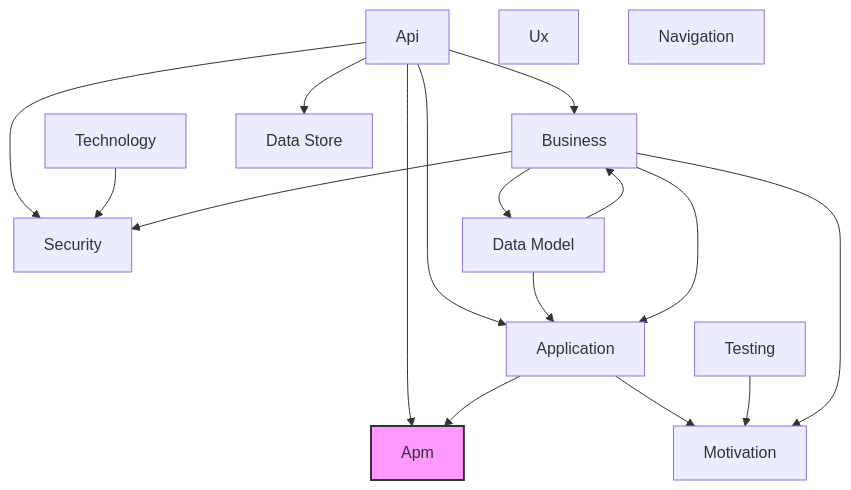
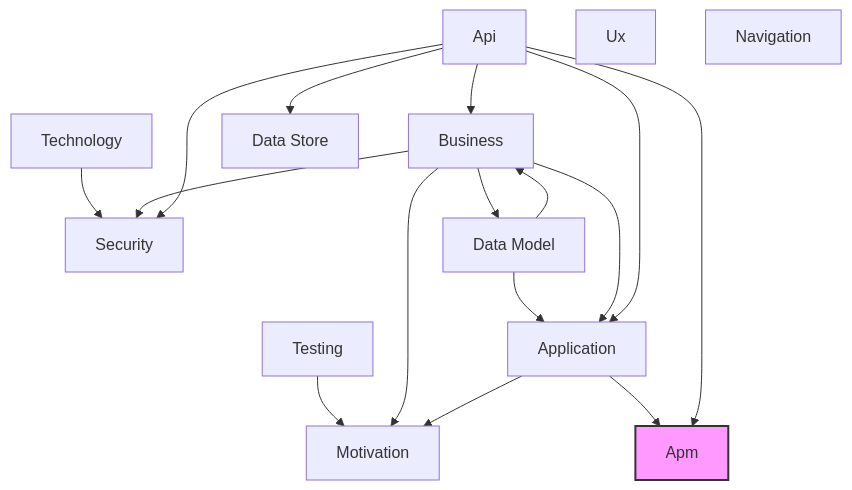
The second of 2 diagrams in spec/browser/11-apm-layer-report.md (tinkermonkey/documentation_robotics), drawn with Mermaid before and after one commit. The commit also changed other lines of this file and 13 other files, not shown here.

````diff
--- a/spec/browser/11-apm-layer-report.md
+++ b/spec/browser/11-apm-layer-report.md
@@ -156,32 +153,32 @@
 ```mermaid
 flowchart TB
   classDef current fill:#f9f,stroke:#333,stroke-width:2px
   motivation["Motivation"]
   business["Business"]
   security["Security"]
   application["Application"]
   technology["Technology"]
   api["Api"]
   data_model["Data Model"]
   data_store["Data Store"]
   ux["Ux"]
   navigation["Navigation"]
   apm["Apm"]
   testing["Testing"]
-  api --> business
-  api --> application
-  api --> data_store
-  api --> security
-  api --> apm
+  testing --> motivation
+  technology --> security
   data_model --> application
   data_model --> business
+  business --> data_model
+  business --> application
+  business --> security
+  business --> motivation
+  application --> motivation
   application --> apm
-  application --> motivation
-  technology --> security
-  testing --> motivation
-  business --> security
-  business --> application
-  business --> motivation
-  business --> data_model
+  api --> apm
+  api --> application
+  api --> business
+  api --> security
+  api --> data_store
   class apm current
 ```
````
